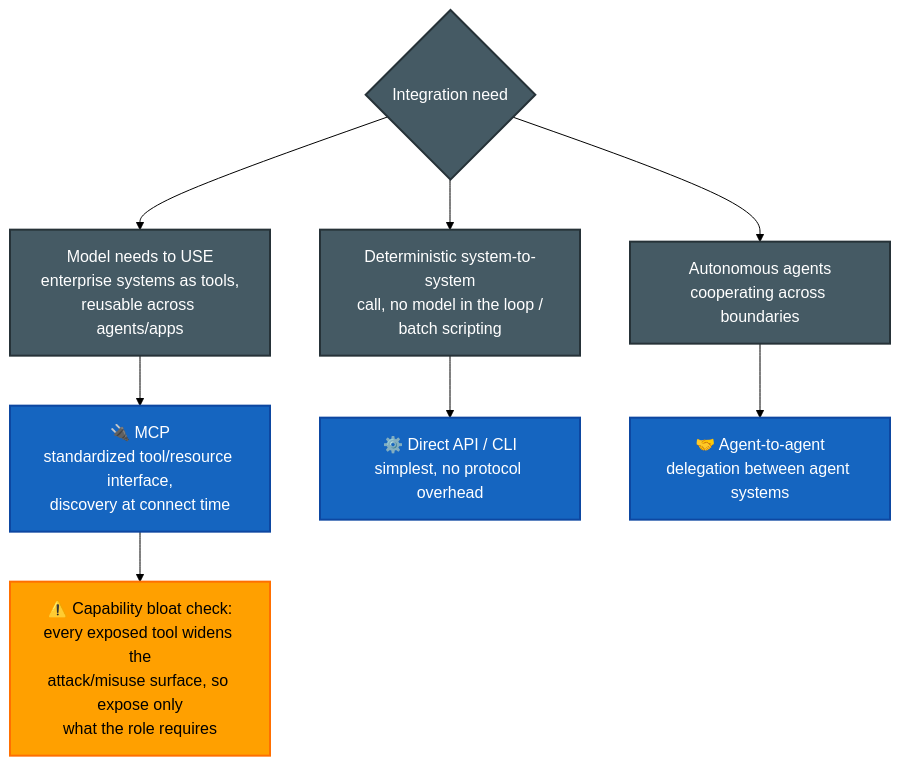
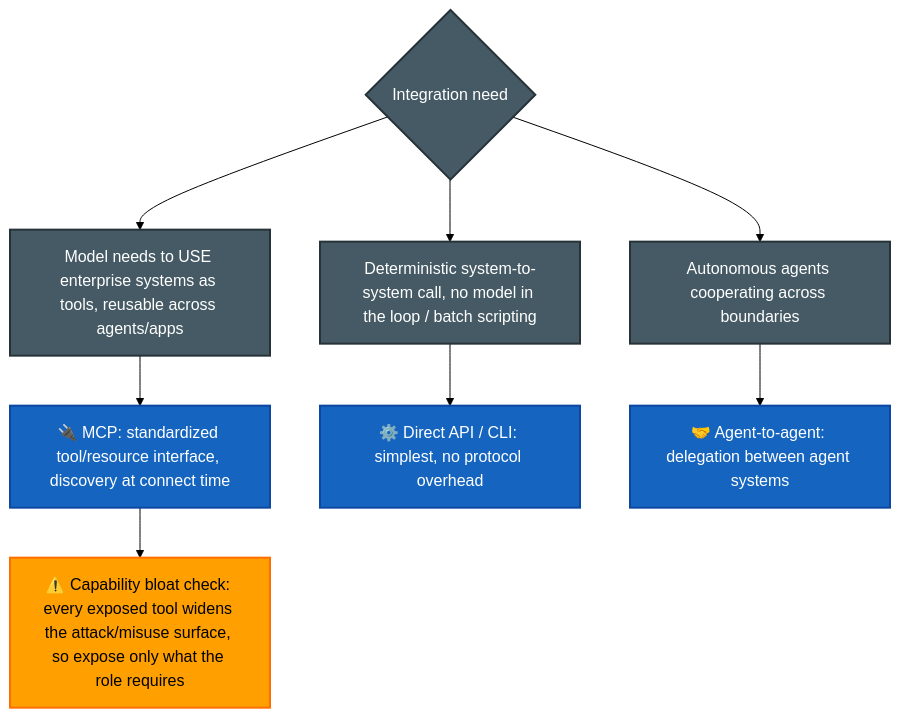
One commit to parmar-m/claude-architect-certification-prep changed the second of 5 diagrams in CCA-P/domains/d3-integration.md. Above: the diagram before and after it, drawn with Mermaid (forest theme). The commit also changed other lines of this file and 25 other files, not shown here.

````diff
--- a/CCA-P/domains/d3-integration.md
+++ b/CCA-P/domains/d3-integration.md
@@ -49,13 +49,13 @@
 ```mermaid
 flowchart TD
-    NEED{Integration need} --> T1["Model needs to USE<br/>enterprise systems as tools,<br/>reusable across agents/apps"] --> MCP["🔌 MCP<br/>standardized tool/resource interface,<br/>discovery at connect time"]
-    NEED --> T2["Deterministic system-to-system<br/>call, no model in the loop /<br/>batch scripting"] --> API["⚙️ Direct API / CLI<br/>simplest, no protocol overhead"]
-    NEED --> T3["Autonomous agents<br/>cooperating across boundaries"] --> A2A["🤝 Agent-to-agent<br/>delegation between agent systems"]
-    MCP --> W["⚠️ Capability bloat check:<br/>every exposed tool widens the<br/>attack/misuse surface, so expose only<br/>what the role requires"]
+    NEED{Integration need} --> T1["Model needs to USE enterprise systems as tools, reusable across agents/apps"] --> MCP["🔌 MCP: standardized tool/resource interface, discovery at connect time"]
+    NEED --> T2["Deterministic system-to-system call, no model in the loop / batch scripting"] --> API["⚙️ Direct API / CLI: simplest, no protocol overhead"]
+    NEED --> T3["Autonomous agents cooperating across boundaries"] --> A2A["🤝 Agent-to-agent: delegation between agent systems"]
+    MCP --> W["⚠️ Capability bloat check: every exposed tool widens the attack/misuse surface, so expose only what the role requires"]
     classDef p fill:#1565C0,color:#fff,stroke:#0D47A1,stroke-width:2px
     classDef warn fill:#FFA000,color:#000,stroke:#FF6F00,stroke-width:2px
     classDef n fill:#455A64,color:#fff,stroke:#263238,stroke-width:2px
     class MCP,API,A2A p
     class W warn
     class NEED,T1,T2,T3 n
 ```
````
